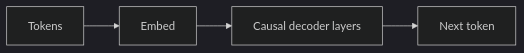
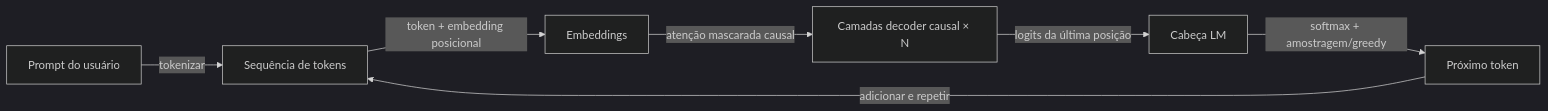
Before and after one commit to EmersonBraun/ai-summary-hub: the diagram in i18n/pt-BR/docusaurus-plugin-content-docs/current/transformers/gpt.md, drawn with Mermaid (dark theme). The commit also changed other lines of this file and 242 other files, not shown here.

````diff
--- a/i18n/pt-BR/docusaurus-plugin-content-docs/current/transformers/gpt.md
+++ b/i18n/pt-BR/docusaurus-plugin-content-docs/current/transformers/gpt.md
@@ -17,6 +21,9 @@
 ```mermaid
 flowchart LR
-  Tokens[Tokens] --> Embed[Embed]
-  Embed --> DecoderLayers["Causal decoder layers"]
-  DecoderLayers --> NextToken["Next token"]
+  Prompt[Prompt do usuário] -->|tokenizar| Tokens[Sequência de tokens]
+  Tokens -->|token + embedding posicional| Embed[Embeddings]
+  Embed -->|atenção mascarada causal| DecoderLayers[Camadas decoder causal × N]
+  DecoderLayers -->|logits da última posição| LMHead[Cabeça LM]
+  LMHead -->|softmax + amostragem/greedy| NextToken[Próximo token]
+  NextToken -->|adicionar e repetir| Tokens
 ```
````
